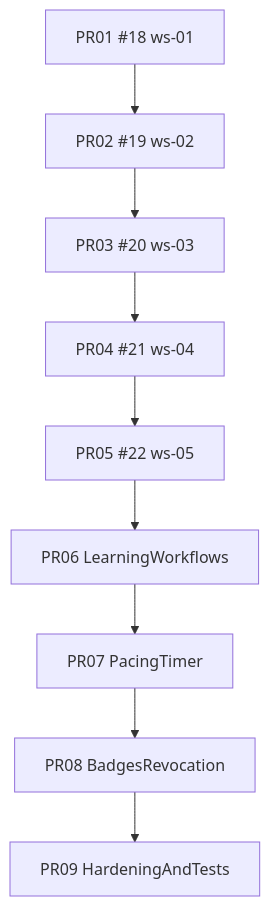
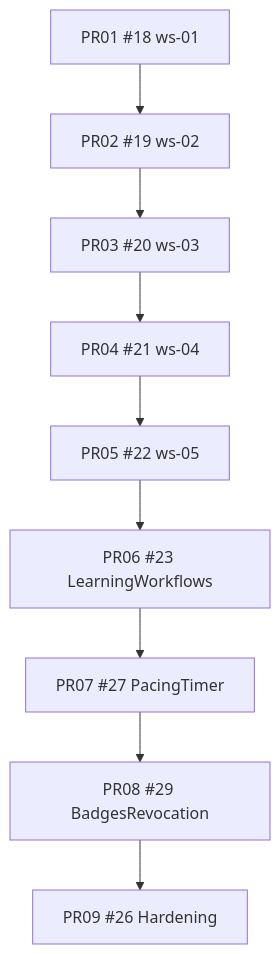
One commit to justin-p/Workshlope changed the sixth of 6 diagrams in workshop_lessons_&_sessions_aa012042.plan.md. Above: the diagram before and after it, drawn with Mermaid. The commit also changed other lines of this file and 4 other files, not shown here.

````diff
--- a/workshop_lessons_&_sessions_aa012042.plan.md
+++ b/workshop_lessons_&_sessions_aa012042.plan.md
@@ -911,11 +824,11 @@
 ```mermaid
 flowchart TD
   pr01["PR01 #18 ws-01"] --> pr02["PR02 #19 ws-02"]
   pr02 --> pr03["PR03 #20 ws-03"]
   pr03 --> pr04["PR04 #21 ws-04"]
   pr04 --> pr05["PR05 #22 ws-05"]
-  pr05 --> pr06[PR06 LearningWorkflows]
-  pr06 --> pr07[PR07 PacingTimer]
-  pr07 --> pr08[PR08 BadgesRevocation]
-  pr08 --> pr09[PR09 HardeningAndTests]
+  pr05 --> pr06["PR06 #23 LearningWorkflows"]
+  pr06 --> pr07["PR07 #27 PacingTimer"]
+  pr07 --> pr08["PR08 #29 BadgesRevocation"]
+  pr08 --> pr09["PR09 #26 Hardening"]
 ```
````
